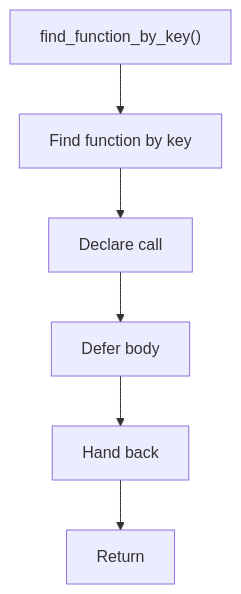
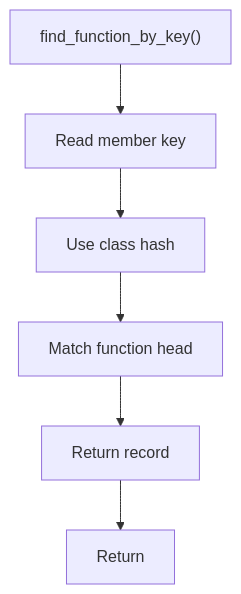
The diagram in docs/Codebase/Microservice/Modules/Header/Analysis/ImplementationUse/Binding/Symbols/Flow/functions/find_function_by_key.hpp.md (JohnAndrewBalbarosa/NeoTerritory), drawn with Mermaid before and after one commit. The commit also changed other lines of this file and 147 other files, not shown here.

````diff
--- a/docs/Codebase/Microservice/Modules/Header/Analysis/ImplementationUse/Binding/Symbols/Flow/functions/find_function_by_key.hpp.md
+++ b/docs/Codebase/Microservice/Modules/Header/Analysis/ImplementationUse/Binding/Symbols/Flow/functions/find_function_by_key.hpp.md
@@ -16,14 +23,14 @@
 ```mermaid
 flowchart TD
     Start["find_function_by_key()"]
-    N0["Find function by key"]
-    N1["Declare call"]
-    N2["Defer body"]
-    N3["Hand back"]
+    N0["Read member key"]
+    N1["Use class hash"]
+    N2["Match function head"]
+    N3["Return record"]
     End["Return"]
     Start --> N0
     N0 --> N1
     N1 --> N2
     N2 --> N3
     N3 --> End
 ```
````
